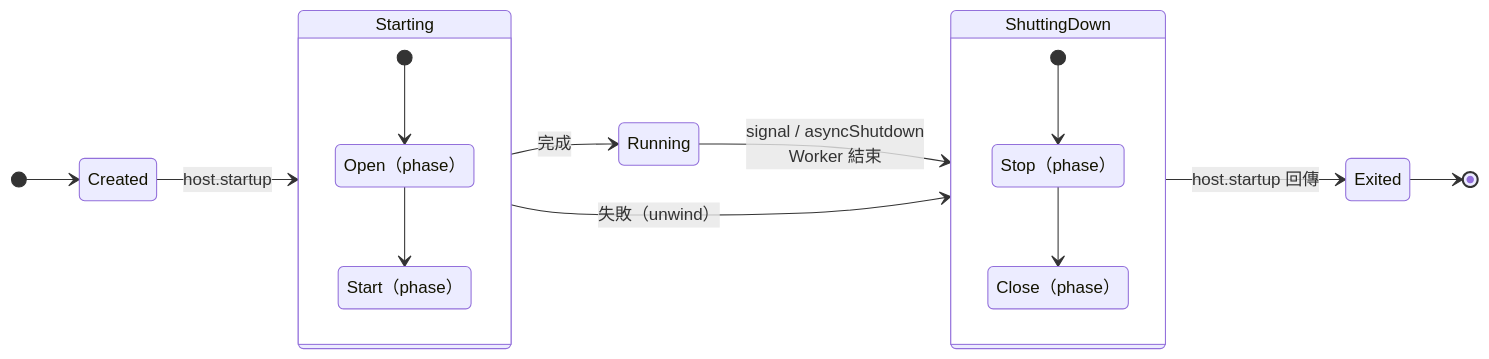
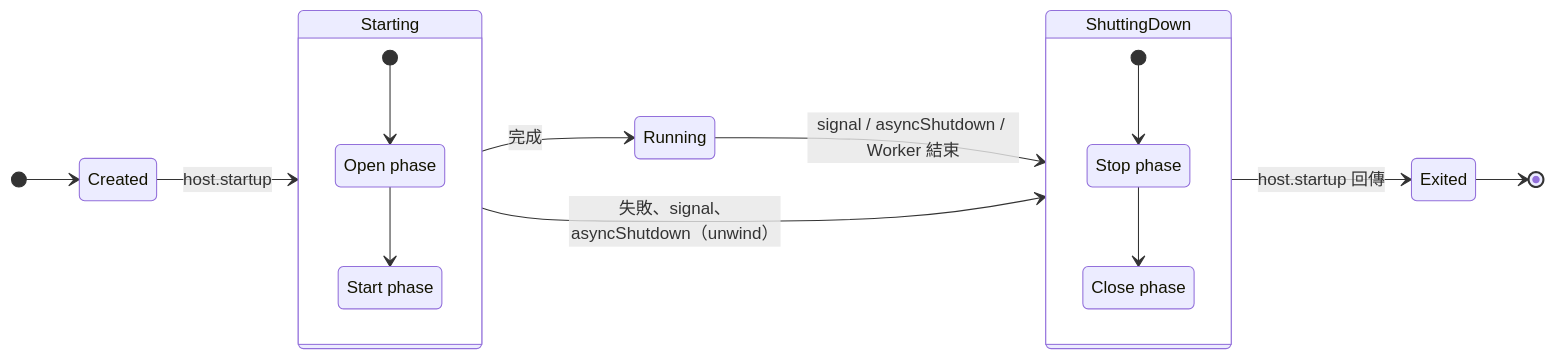
One commit to KScaesar/system_design changed the third of 6 diagrams in app_lifecycle.md. Above: the diagram before and after it, drawn with Mermaid. The commit also changed other lines of this file, not shown here.

````diff
--- a/app_lifecycle.md
+++ b/app_lifecycle.md
@@ -263,25 +548,25 @@
 ```mermaid
 stateDiagram-v2
     direction LR
     [*] --> Created
     Created --> Starting: host.startup
     state "Starting" as Starting {
         direction TB
-        state "Open（phase）" as P_Open
-        state "Start（phase）" as P_Start
+        state "Open phase" as P_Open
+        state "Start phase" as P_Start
         [*] --> P_Open
         P_Open --> P_Start
     }
     Starting --> Running: 完成
-    Running --> ShuttingDown: signal / asyncShutdown<br/>Worker 結束
-    Starting --> ShuttingDown: 失敗（unwind）
+    Running --> ShuttingDown: signal / asyncShutdown / Worker 結束
+    Starting --> ShuttingDown: 失敗、signal、asyncShutdown（unwind）
     state "ShuttingDown" as ShuttingDown {
         direction TB
-        state "Stop（phase）" as P_Stop
-        state "Close（phase）" as P_Close
+        state "Stop phase" as P_Stop
+        state "Close phase" as P_Close
         [*] --> P_Stop
         P_Stop --> P_Close
     }
     ShuttingDown --> Exited: host.startup 回傳
     Exited --> [*]
 ```
````
